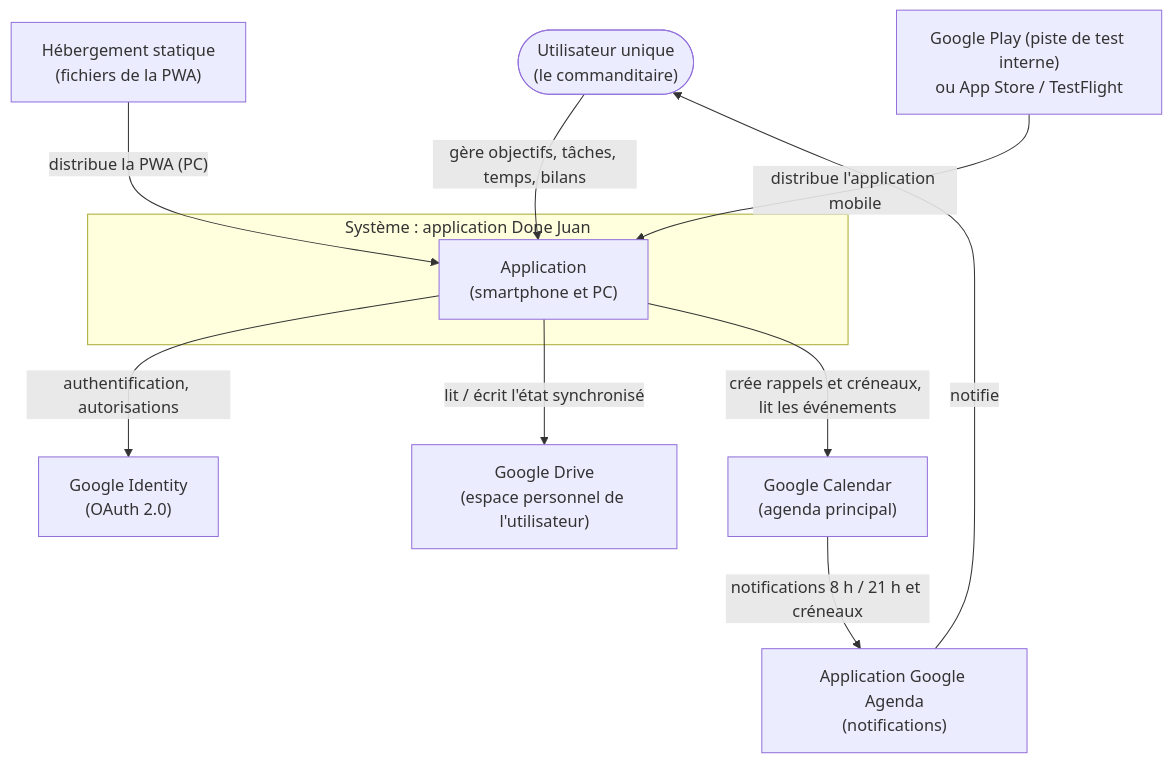
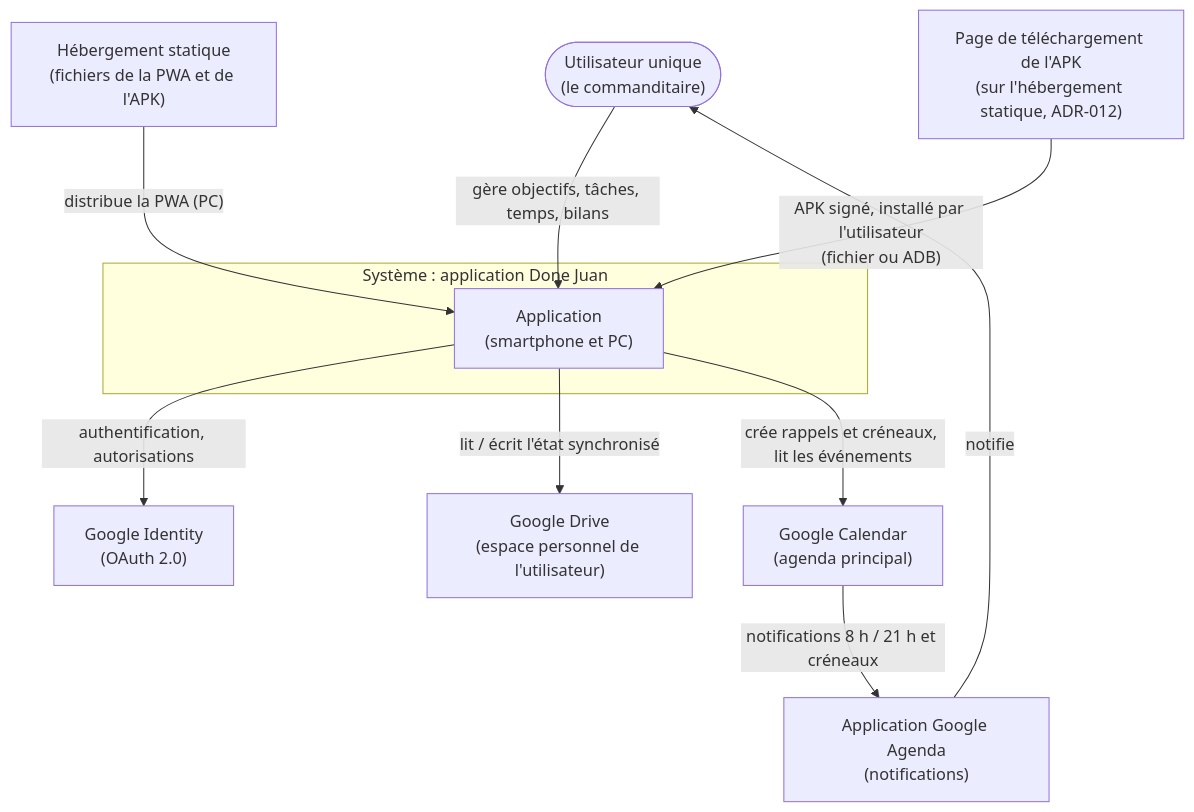
Before and after one commit to mathieublandin-create/taskapp: the first of 4 diagrams in docs/03-architecture/DAT.md, drawn with Mermaid. The commit also changed other lines of this file and 13 other files, not shown here.

````diff
--- a/docs/03-architecture/DAT.md
+++ b/docs/03-architecture/DAT.md
@@ -85,22 +86,22 @@
 ```mermaid
 flowchart TB
     U(["Utilisateur unique<br/>(le commanditaire)"])
     subgraph SYS["Système : application Done Juan"]
         APP["Application<br/>(smartphone et PC)"]
     end
     GID["Google Identity<br/>(OAuth 2.0)"]
     GDR["Google Drive<br/>(espace personnel de l'utilisateur)"]
     GCA["Google Calendar<br/>(agenda principal)"]
     GCAPP["Application Google Agenda<br/>(notifications)"]
-    HOST["Hébergement statique<br/>(fichiers de la PWA)"]
-    STORE["Google Play (piste de test interne)<br/>ou App Store / TestFlight"]
+    HOST["Hébergement statique<br/>(fichiers de la PWA et de l'APK)"]
+    STORE["Page de téléchargement de l'APK<br/>(sur l'hébergement statique, ADR-012)"]
 
     U -- "gère objectifs, tâches, temps, bilans" --> APP
     APP -- "authentification, autorisations" --> GID
     APP -- "lit / écrit l'état synchronisé" --> GDR
     APP -- "crée rappels et créneaux, lit les événements" --> GCA
     GCA -- "notifications 8 h / 21 h et créneaux" --> GCAPP
     GCAPP -- "notifie" --> U
     HOST -- "distribue la PWA (PC)" --> APP
-    STORE -- "distribue l'application mobile" --> APP
+    STORE -- "APK signé, installé par l'utilisateur<br/>(fichier ou ADB)" --> APP
 ```
````
